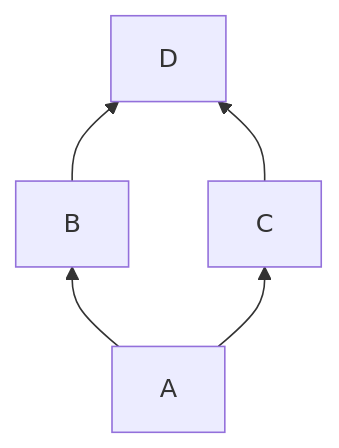
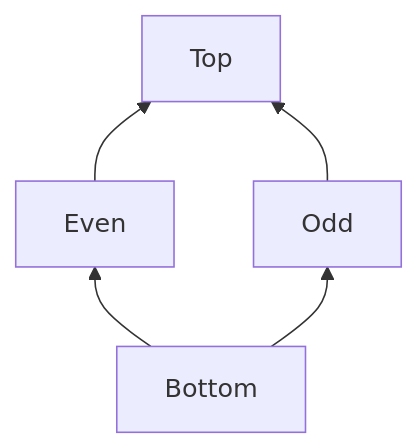
Before and after one commit to FZhg/cfg-parity-analysis: the diagram in README.md, drawn with Mermaid.

Commit message:
check diagram generator

````diff
--- a/README.md
+++ b/README.md
@@ -11,7 +11,7 @@
 ```mermaid
 graph BT;
-    A-->B;
-    A-->C;
-    B-->D;
-    C-->D;
+    Bottom-->Even;
+    Bottom-->Odd;
+    Even-->Top;
+    Odd-->Top;
 ```
````
